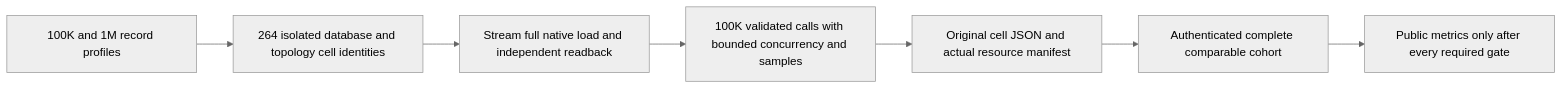
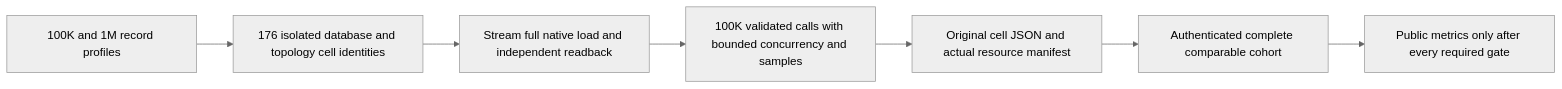
One commit to managedcode/KeyLoad changed the first of 2 diagrams in docs/Features/BenchmarkComparisons/ScalingQualification.md. Above: the diagram before and after it, drawn with Mermaid (neutral theme). The commit also changed other lines of this file and 261 other files, not shown here.

````diff
--- a/docs/Features/BenchmarkComparisons/ScalingQualification.md
+++ b/docs/Features/BenchmarkComparisons/ScalingQualification.md
@@ -29,9 +29,9 @@
 ```mermaid
 flowchart LR
-    profiles[100K and 1M record profiles] --> jobs[264 isolated database and topology cell identities]
+    profiles[100K and 1M record profiles] --> jobs[176 isolated database and topology cell identities]
     jobs --> corpus[Stream full native load and independent readback]
     corpus --> measure[100K validated calls with bounded concurrency and samples]
     measure --> json[Original cell JSON and actual resource manifest]
     json --> aggregate[Authenticated complete comparable cohort]
     aggregate --> publication[Public metrics only after every required gate]
 ```
````
